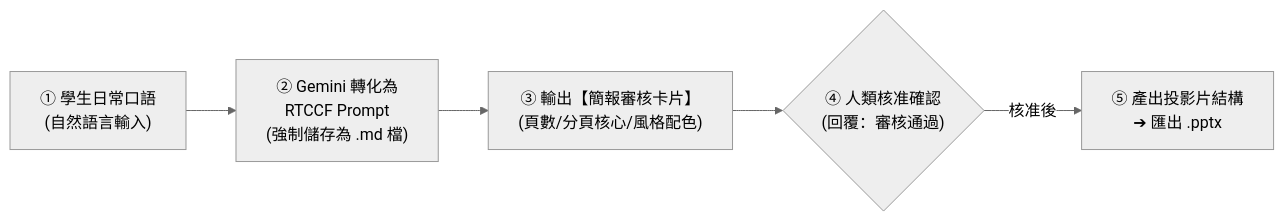
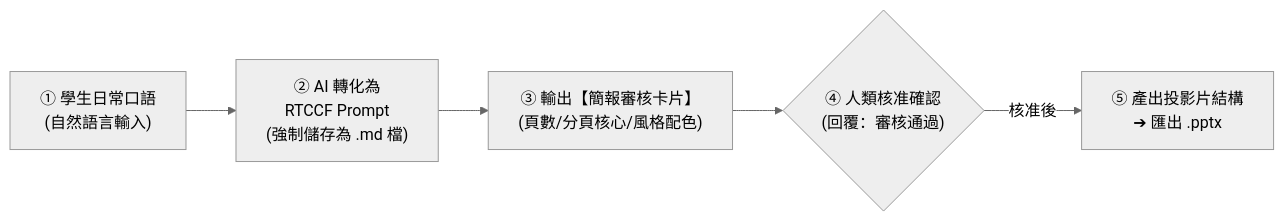
One commit to roberthsu2003/workflow-productivity changed the diagram in 常見的AI應用/辦公室全能應用/簡報的生成.md. Above: the diagram before and after it, drawn with Mermaid (neutral theme). The commit also changed other lines of this file and 9 other files, not shown here.

````diff
--- a/常見的AI應用/辦公室全能應用/簡報的生成.md
+++ b/常見的AI應用/辦公室全能應用/簡報的生成.md
@@ -12,7 +12,7 @@
 ```mermaid
 flowchart LR
-    A["① 學生日常口語\n(自然語言輸入)"] --> B["② Gemini 轉化為\nRTCCF Prompt\n(強制儲存為 .md 檔)"]
+    A["① 學生日常口語\n(自然語言輸入)"] --> B["② AI 轉化為\nRTCCF Prompt\n(強制儲存為 .md 檔)"]
     B --> C["③ 輸出【簡報審核卡片】\n(頁數/分頁核心/風格配色)"]
     C --> D{"④ 人類核准確認\n(回覆：審核通過)"}
     D -->|核准後| E["⑤ 產出投影片結構\n➔ 匯出 .pptx"]
 ```
````
